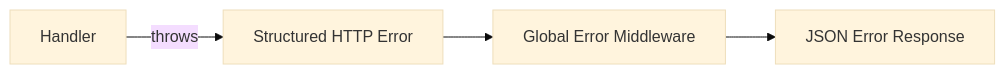
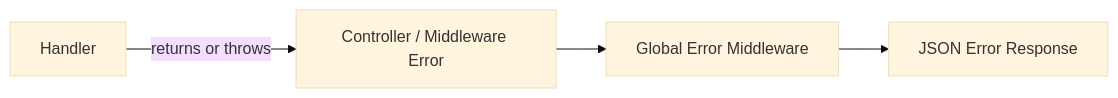
Before and after one commit to b-knowledge-solution/b-knowledge: the fifth of 6 diagrams in docs/basic-design/component/backend-architecture.md, drawn with Mermaid (base theme). The commit also changed other lines of this file and 16 other files, not shown here.

````diff
--- a/docs/basic-design/component/backend-architecture.md
+++ b/docs/basic-design/component/backend-architecture.md
@@ -143,6 +143,6 @@
 ```mermaid
 graph LR
-    Handler -->|throws| HTTPError[Structured HTTP Error]
-    HTTPError --> GEM[Global Error Middleware]
+    Handler -->|returns or throws| ControllerError[Controller / Middleware Error]
+    ControllerError --> GEM[Global Error Middleware]
     GEM --> Response[JSON Error Response]
 ```
````
